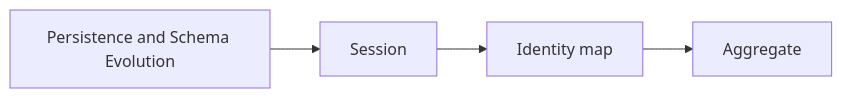
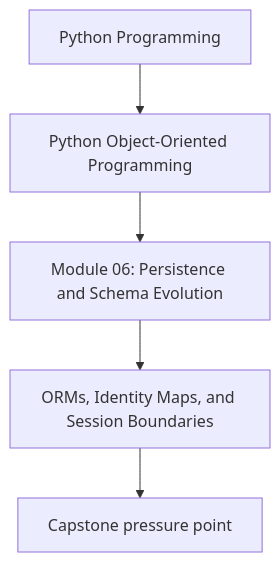
Before and after one commit to bijux/bijux-masterclass: the first of 2 diagrams in programs/python-programming/python-object-oriented-programming/course-book/module-06-persistence-and-schema-evolution/orms-identity-map-and-session-boundaries.md, drawn with Mermaid. The commit also changed other lines of this file and 107 other files, not shown here.

Commit message:
docs(python-object-oriented-programming): align concept page diagrams

````diff
--- a/programs/python-programming/python-object-oriented-programming/course-book/module-06-persistence-and-schema-evolution/orms-identity-map-and-session-boundaries.md
+++ b/programs/python-programming/python-object-oriented-programming/course-book/module-06-persistence-and-schema-evolution/orms-identity-map-and-session-boundaries.md
@@ -7,9 +7,7 @@
 ```mermaid
-graph LR
-  module["Persistence and Schema Evolution"]
-  session["Session"]
-  identity["Identity map"]
-  aggregate["Aggregate"]
-
-  module --> session --> identity --> aggregate
+flowchart TD
+  family["Python Programming"] --> program["Python Object-Oriented Programming"]
+  program --> module["Module 06: Persistence and Schema Evolution"]
+  module --> concept["ORMs, Identity Maps, and Session Boundaries"]
+  concept --> capstone["Capstone pressure point"]
 ```
````
